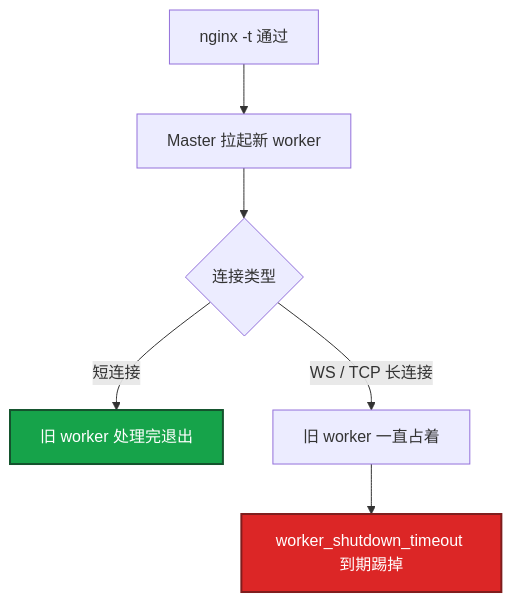
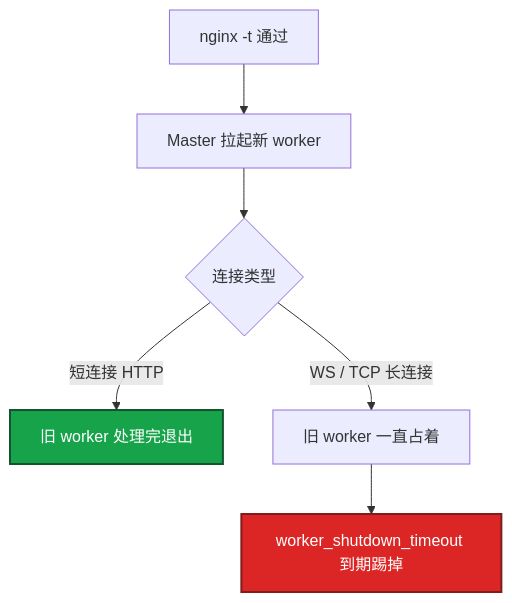
The eighth of 10 diagrams in 03-中间件与数据库/04-接入网关/知识点.md (ml-cuizijun/LearnToLilith), drawn with Mermaid before and after one commit. The commit also changed other lines of this file and 107 other files, not shown here.

````diff
--- a/03-中间件与数据库/04-接入网关/知识点.md
+++ b/03-中间件与数据库/04-接入网关/知识点.md
@@ -386,13 +450,13 @@
 ```mermaid
 flowchart TB
     A[nginx -t 通过] --> B[Master 拉起新 worker]
     B --> C{连接类型}
-    C -->|短连接| D[旧 worker 处理完退出]
+    C -->|短连接 HTTP| D[旧 worker 处理完退出]
     C -->|WS / TCP 长连接| E[旧 worker 一直占着]
     E --> F[worker_shutdown_timeout 到期踢掉]
 
     classDef ok fill:#16A34A,stroke:#14532D,stroke-width:2px,color:#fff
     classDef bad fill:#DC2626,stroke:#7F1D1D,stroke-width:2px,color:#fff
     class D ok
     class F bad
 ```
````
